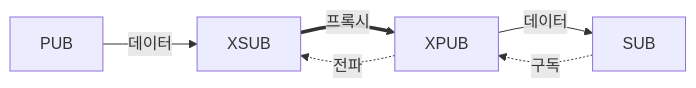
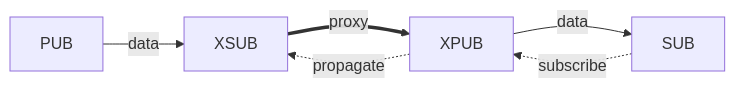
The first of 2 diagrams in doc/guide/03-2-pubsub.ko.md (kairos-code-dev/zlink), drawn with Mermaid before and after one commit. The commit also changed other lines of this file and 53 other files, not shown here.

````diff
--- a/doc/guide/03-2-pubsub.ko.md
+++ b/doc/guide/03-2-pubsub.ko.md
@@ -47,8 +47,8 @@
 ```mermaid
 flowchart LR
-  PUB -- 데이터 --> XSUB
-  XSUB == 프록시 ==> XPUB
-  XPUB -- 데이터 --> SUB
-  SUB -. 구독 .-> XPUB
-  XPUB -. 전파 .-> XSUB
+  PUB -- data --> XSUB
+  XSUB == proxy ==> XPUB
+  XPUB -- data --> SUB
+  SUB -. subscribe .-> XPUB
+  XPUB -. propagate .-> XSUB
 ```
````
